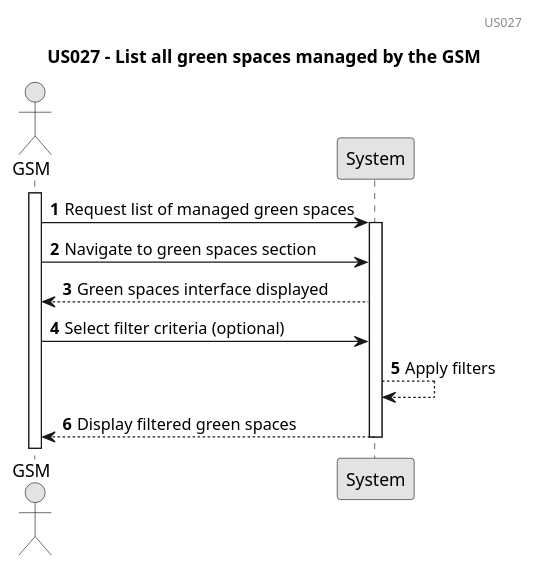
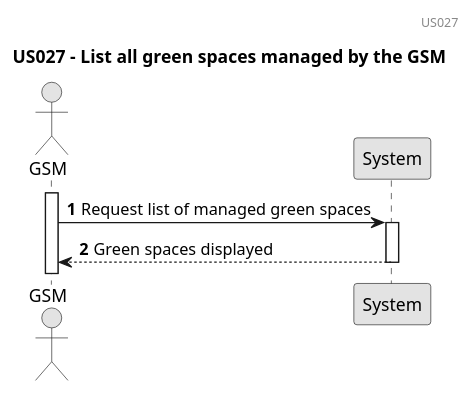
Before and after one commit to rpedros02/lei-24-s2-1DL-g08: the diagram in docs/sprintC/us027/01.requirements-engineering/puml/us027-sequence_diagram.puml, drawn with PlantUML. The commit also changed 3 other files, not shown here.

```diff
--- a/docs/sprintC/us027/01.requirements-engineering/puml/us027-sequence_diagram.puml
+++ b/docs/sprintC/us027/01.requirements-engineering/puml/us027-sequence_diagram.puml
@@ -1,24 +1,20 @@
 @startuml
 skinparam monochrome true
 skinparam packageStyle rectangle
 skinparam shadowing false
 
 title US027 - List all green spaces managed by the GSM
 header US027
 autonumber
 
 actor GSM as GSM
 participant System as System
 
 activate GSM
 
 GSM -> System: Request list of managed green spaces
 activate System
-    GSM -> System: Navigate to green spaces section
-    System --> GSM: Green spaces interface displayed
-    GSM -> System: Select filter criteria (optional)
-    System --> System: Apply filters
-    System --> GSM: Display filtered green spaces
+    System --> GSM: Green spaces displayed
 deactivate System
 
 @enduml
```
